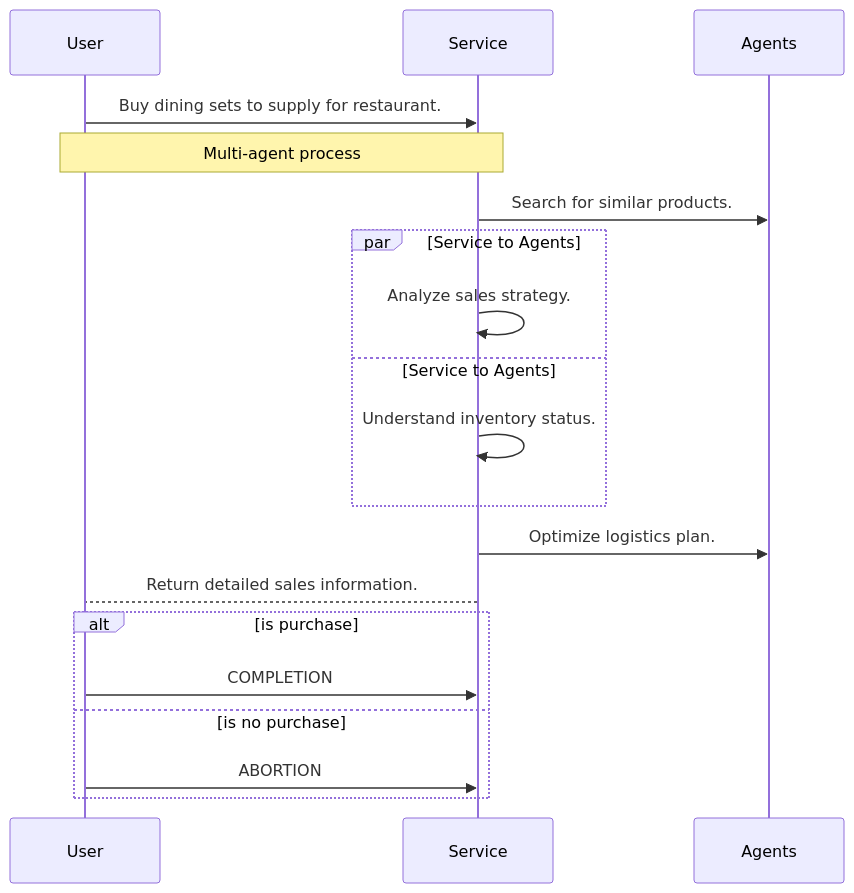
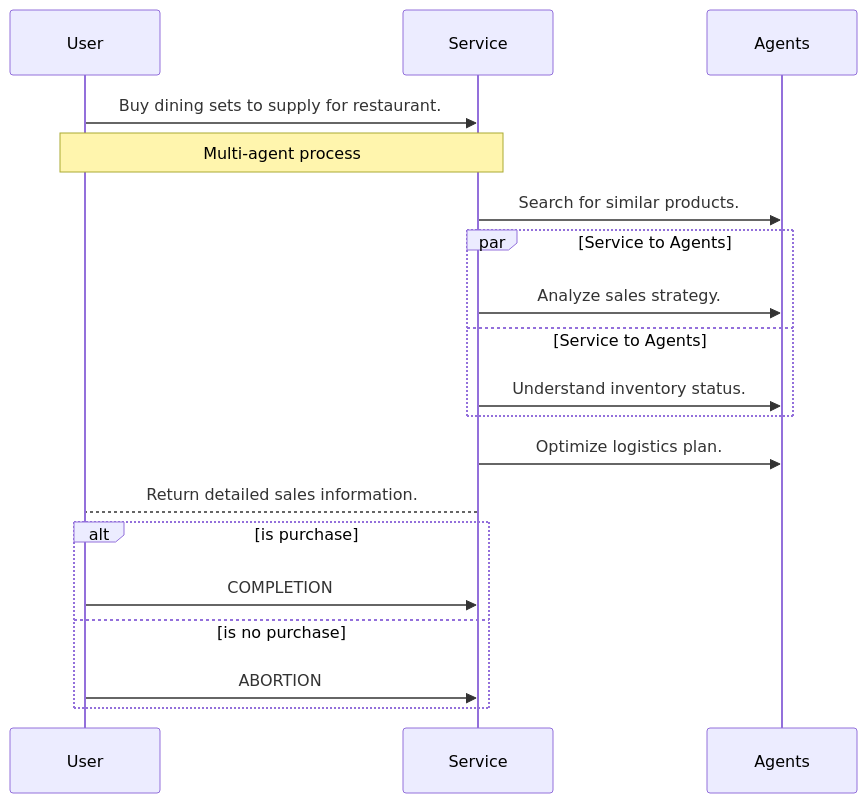
One commit to yueguoguo/yueguoguo.github.io changed the fourth of 4 diagrams in _posts/2024-11-31-service-as-a-software.md. Above: the diagram before and after it, drawn with Mermaid. The commit also changed other lines of this file, not shown here.

Commit message:
update diagram

```diff
--- a/_posts/2024-11-31-service-as-a-software.md
+++ b/_posts/2024-11-31-service-as-a-software.md
@@ -288,18 +289,18 @@
 <div class="mermaid">
 sequenceDiagram
     User->>Service: Buy dining sets to supply for restaurant.
     Note over User,Service: Multi-agent process
     Service->>Agents: Search for similar products.
     par Service to Agents
-      Service->>Service: Analyze sales strategy.
+      Service->>Agents: Analyze sales strategy.
     and Service to Agents
-      Service->>Service: Understand inventory status.
+      Service->>Agents: Understand inventory status.
     end
     Service->>Agents: Optimize logistics plan.
     Service-->User: Return detailed sales information.
     alt is purchase
         User->>Service: COMPLETION
     else is no purchase
         User->>Service: ABORTION
     end
 </div>
```
